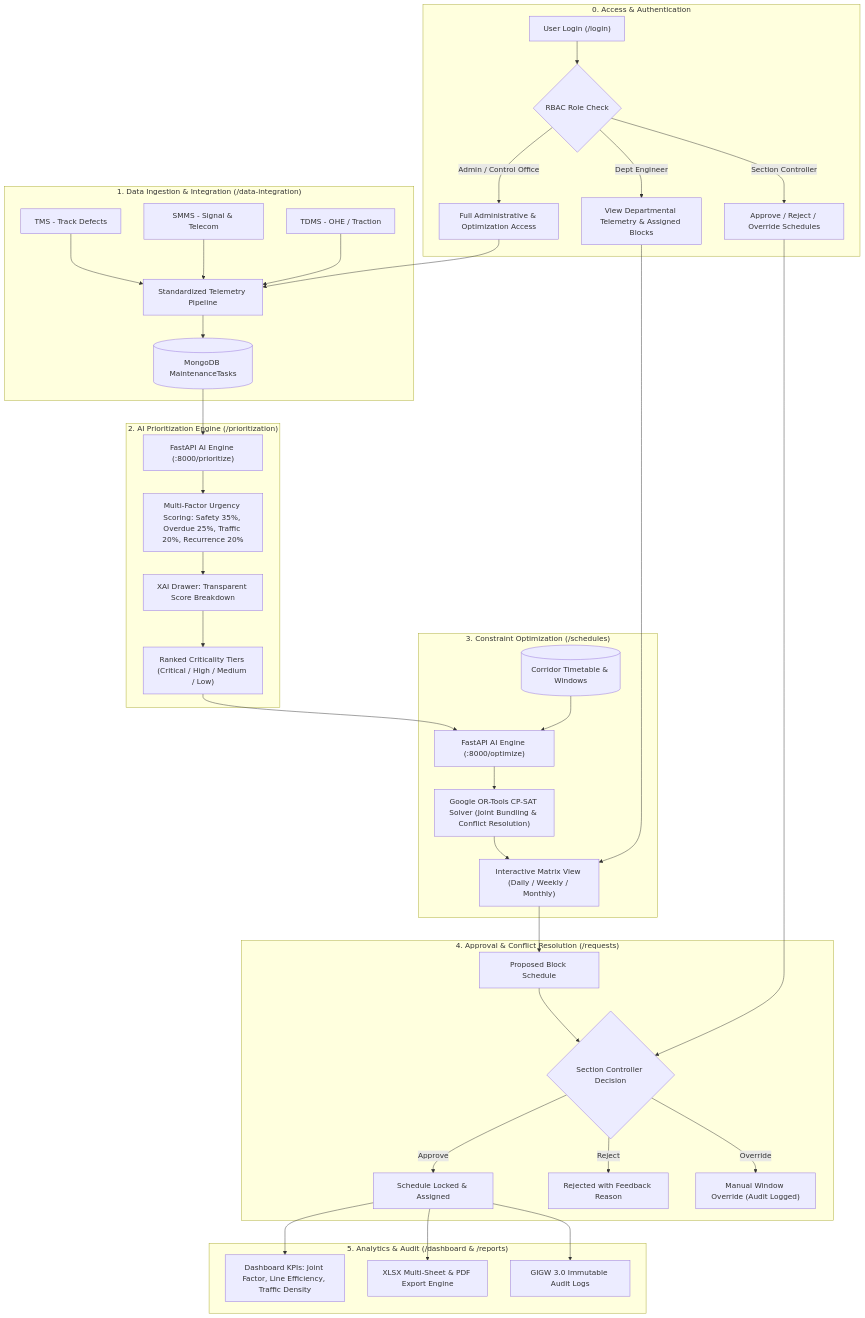
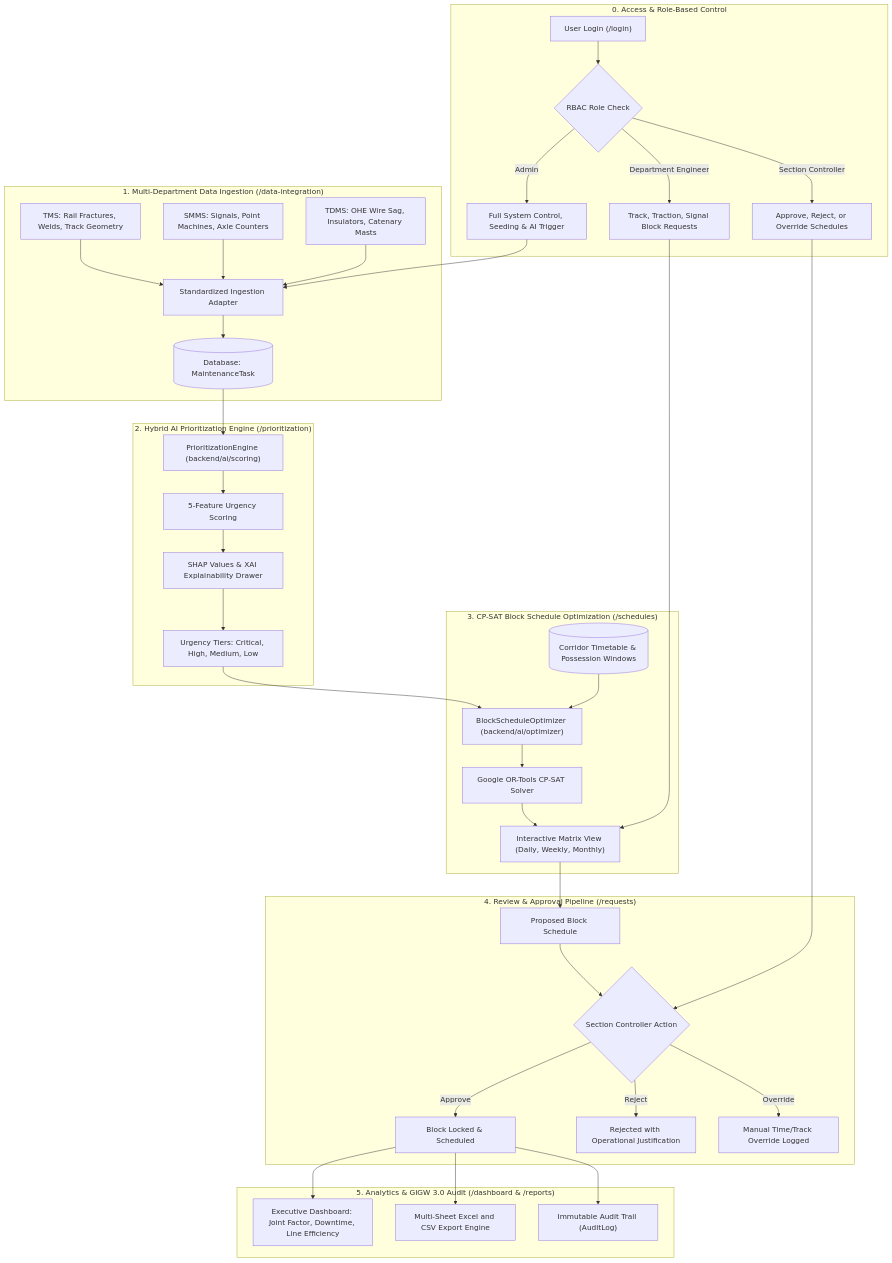
One commit to subham120/RailOpt-AI changed the second of 2 diagrams in README.md. Above: the diagram before and after it, drawn with Mermaid. The commit also changed other lines of this file and 125 other files, not shown here.

First line of the commit message:
feat: RailOpt AI v2.0 — Full-stack Python rewrite with 18-zone pan-India coverage

````diff
--- a/README.md
+++ b/README.md
@@ -51,54 +98,48 @@
 ```mermaid
 flowchart TD
-    %% Roles & Login
-    subgraph S0["0. Access & Authentication"]
+    subgraph S0["0. Access & Role-Based Control"]
         A["User Login (/login)"] --> B{"RBAC Role Check"}
-        B -->|"Admin / Control Office"| C1["Full Administrative & Optimization Access"]
-        B -->|"Section Controller"| C2["Approve / Reject / Override Schedules"]
-        B -->|"Dept Engineer"| C3["View Departmental Telemetry & Assigned Blocks"]
+        B -->|"Admin"| C1["Full System Control, Seeding & AI Trigger"]
+        B -->|"Section Controller"| C2["Approve, Reject, or Override Schedules"]
+        B -->|"Department Engineer"| C3["Track, Traction, Signal Block Requests"]
     end
 
-    %% Step 1: Ingestion
-    subgraph S1["1. Data Ingestion & Integration (/data-integration)"]
-        D1["TMS - Track Defects"] --> E["Standardized Telemetry Pipeline"]
-        D2["SMMS - Signal & Telecom"] --> E
-        D3["TDMS - OHE / Traction"] --> E
-        E --> F[("MongoDB MaintenanceTasks")]
+    subgraph S1["1. Multi-Department Data Ingestion (/data-integration)"]
+        D1["TMS: Rail Fractures, Welds, Track Geometry"] --> E["Standardized Ingestion Adapter"]
+        D2["SMMS: Signals, Point Machines, Axle Counters"] --> E
+        D3["TDMS: OHE Wire Sag, Insulators, Catenary Masts"] --> E
+        E --> F[("Database: MaintenanceTask")]
     end
 
-    %% Step 2: AI Scoring
-    subgraph S2["2. AI Prioritization Engine (/prioritization)"]
-        F --> G["FastAPI AI Engine (:8000/prioritize)"]
-        G --> H["Multi-Factor Urgency Scoring: Safety 35%, Overdue 25%, Traffic 20%, Recurrence 20%"]
-        H --> I["XAI Drawer: Transparent Score Breakdown"]
-        I --> J["Ranked Criticality Tiers (Critical / High / Medium / Low)"]
+    subgraph S2["2. Hybrid AI Prioritization Engine (/prioritization)"]
+        F --> G["PrioritizationEngine (backend/ai/scoring)"]
+        G --> H["5-Feature Urgency Scoring"]
+        H --> I["SHAP Values & XAI Explainability Drawer"]
+        I --> J["Urgency Tiers: Critical, High, Medium, Low"]
     end
 
-    %% Step 3: CP-SAT Optimization
-    subgraph S3["3. Constraint Optimization (/schedules)"]
-        J --> K["FastAPI AI Engine (:8000/optimize)"]
-        L[("Corridor Timetable & Windows")] --> K
-        K --> M["Google OR-Tools CP-SAT Solver (Joint Bundling & Conflict Resolution)"]
-        M --> N["Interactive Matrix View (Daily / Weekly / Monthly)"]
+    subgraph S3["3. CP-SAT Block Schedule Optimization (/schedules)"]
+        J --> K["BlockScheduleOptimizer (backend/ai/optimizer)"]
+        L[("Corridor Timetable & Possession Windows")] --> K
+        K --> M["Google OR-Tools CP-SAT Solver"]
+        M --> N["Interactive Matrix View (Daily, Weekly, Monthly)"]
     end
 
-    %% Step 4: Approval & Execution
-    subgraph S4["4. Approval & Conflict Resolution (/requests)"]
+    subgraph S4["4. Review & Approval Pipeline (/requests)"]
         N --> O["Proposed Block Schedule"]
-        O --> P{"Section Controller Decision"}
-        P -->|"Approve"| Q["Schedule Locked & Assigned"]
-        P -->|"Reject"| R["Rejected with Feedback Reason"]
-        P -->|"Override"| S["Manual Window Override (Audit Logged)"]
+        O --> P{"Section Controller Action"}
+        P -->|"Approve"| Q["Block Locked & Scheduled"]
+        P -->|"Reject"| R["Rejected with Operational Justification"]
+        P -->|"Override"| S["Manual Time/Track Override Logged"]
     end
 
-    %% Step 5: Monitoring & Analytics
-    subgraph S5["5. Analytics & Audit (/dashboard & /reports)"]
-        Q --> T["Dashboard KPIs: Joint Factor, Line Efficiency, Traffic Density"]
-        Q --> U["XLSX Multi-Sheet & PDF Export Engine"]
-        Q --> V["GIGW 3.0 Immutable Audit Logs"]
+    subgraph S5["5. Analytics & GIGW 3.0 Audit (/dashboard & /reports)"]
+        Q --> T["Executive Dashboard: Joint Factor, Downtime, Line Efficiency"]
+        Q --> U["Multi-Sheet Excel and CSV Export Engine"]
+        Q --> V["Immutable Audit Trail (AuditLog)"]
     end
 
     C1 --> E
     C2 --> P
     C3 --> N
 ```
````
